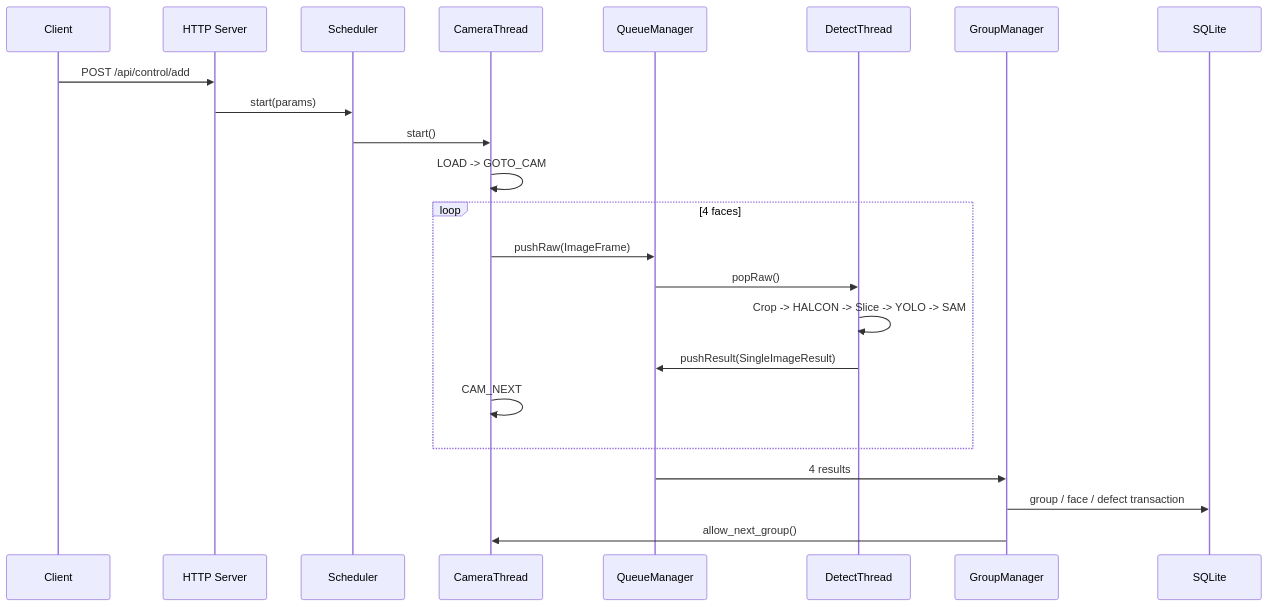
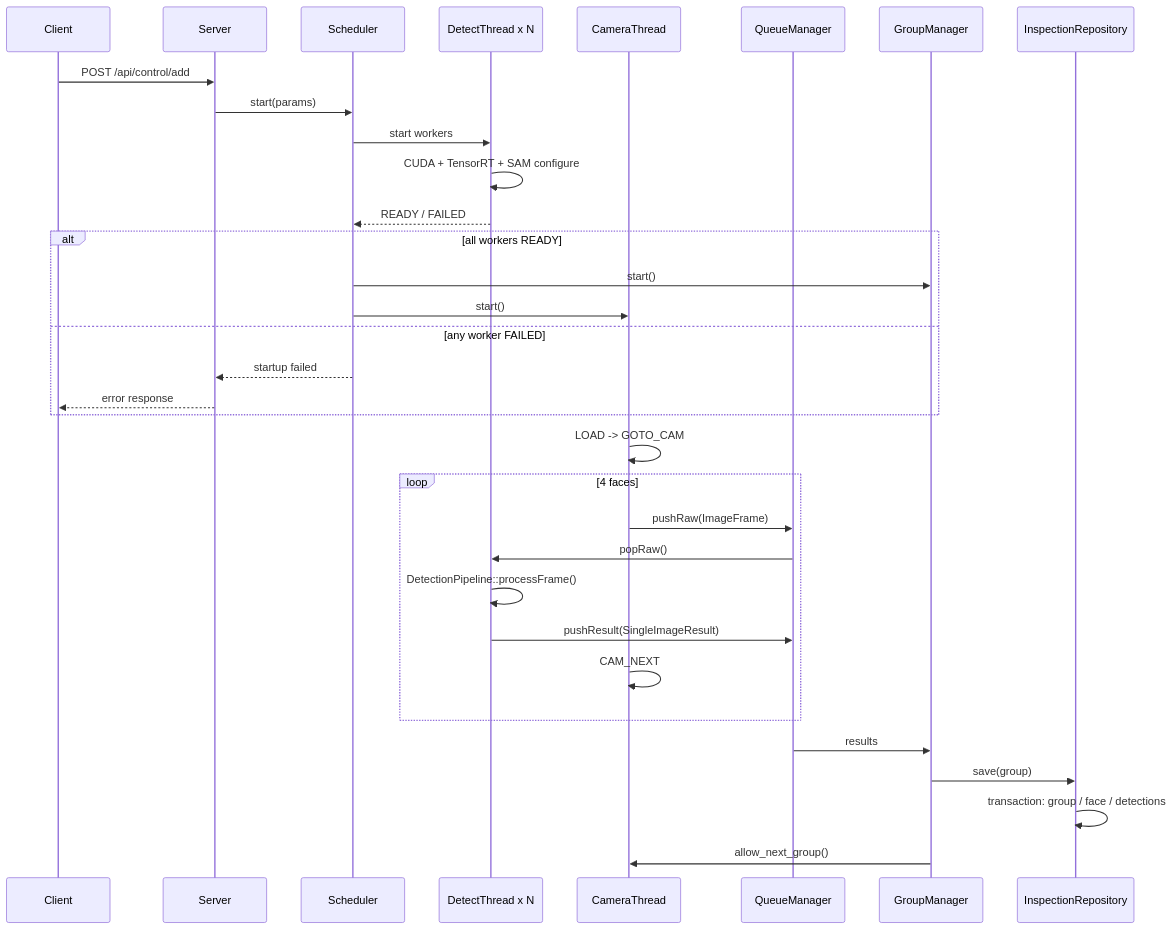
One commit to CoisiniYv/cylinder-detection changed the second of 2 diagrams in README.md. Above: the diagram before and after it, drawn with Mermaid. The commit also changed other lines of this file, not shown here.

Commit message:
Refresh README architecture after pipeline refactor

````diff
--- a/README.md
+++ b/README.md
@@ -55,26 +81,38 @@
 ```mermaid
 sequenceDiagram
     participant C as Client
-    participant S as HTTP Server
+    participant S as Server
     participant SCH as Scheduler
+    participant D as DetectThread x N
     participant CAM as CameraThread
     participant Q as QueueManager
-    participant D as DetectThread
     participant G as GroupManager
-    participant DB as SQLite
+    participant R as InspectionRepository
 
     C->>S: POST /api/control/add
     S->>SCH: start(params)
-    SCH->>CAM: start()
+    SCH->>D: start workers
+    D->>D: CUDA + TensorRT + SAM configure
+    D-->>SCH: READY / FAILED
+    alt all workers READY
+        SCH->>G: start()
+        SCH->>CAM: start()
+    else any worker FAILED
+        SCH-->>S: startup failed
+        S-->>C: error response
+    end
+
     CAM->>CAM: LOAD -> GOTO_CAM
     loop 4 faces
         CAM->>Q: pushRaw(ImageFrame)
         Q->>D: popRaw()
-        D->>D: Crop -> HALCON -> Slice -> YOLO -> SAM
+        D->>D: DetectionPipeline::processFrame()
         D->>Q: pushResult(SingleImageResult)
         CAM->>CAM: CAM_NEXT
     end
-    Q->>G: 4 results
-    G->>DB: group / face / defect transaction
+
+    Q->>G: results
+    G->>R: save(group)
+    R->>R: transaction: group / face / detections
     G->>CAM: allow_next_group()
 ```
````
